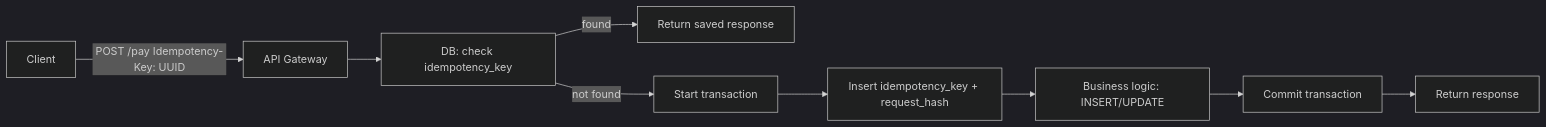
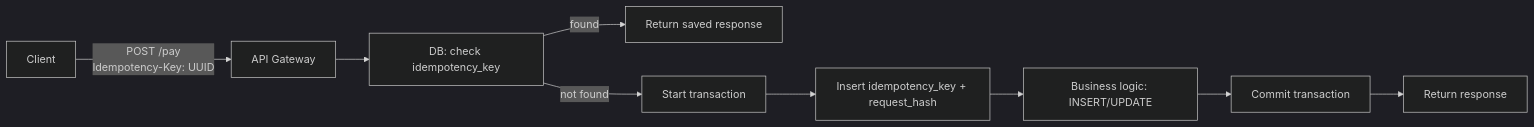
One commit to UnrealTemplier/go-textbook changed the first of 2 diagrams in sources/12. Базы данных/10. Практика и архитектура/12. Idempotency и БД.md. Above: the diagram before and after it, drawn with Mermaid (dark theme). The commit also changed other lines of this file, not shown here.

````diff
--- a/sources/12. Базы данных/10. Практика и архитектура/12. Idempotency и БД.md
+++ b/sources/12. Базы данных/10. Практика и архитектура/12. Idempotency и БД.md
@@ -92,11 +93,11 @@
 ```mermaid
 flowchart LR
-  A[Client] -->|POST /pay Idempotency-Key: UUID| B[API Gateway]
-  B --> C[DB: check idempotency_key]
-  C -->|found| D[Return saved response]
-  C -->|not found| E[Start transaction]
-  E --> F[Insert idempotency_key + request_hash]
-  F --> G[Business logic: INSERT/UPDATE]
-  G --> H[Commit transaction]
-  H --> I[Return response]
+  A["Client"] -->|"POST /pay<br>Idempotency-Key: UUID"| B["API Gateway"]
+  B --> C["DB: check idempotency_key"]
+  C -->|"found"| D["Return saved response"]
+  C -->|"not found"| E["Start transaction"]
+  E --> F["Insert idempotency_key + request_hash"]
+  F --> G["Business logic: INSERT/UPDATE"]
+  G --> H["Commit transaction"]
+  H --> I["Return response"]
 ```
````
